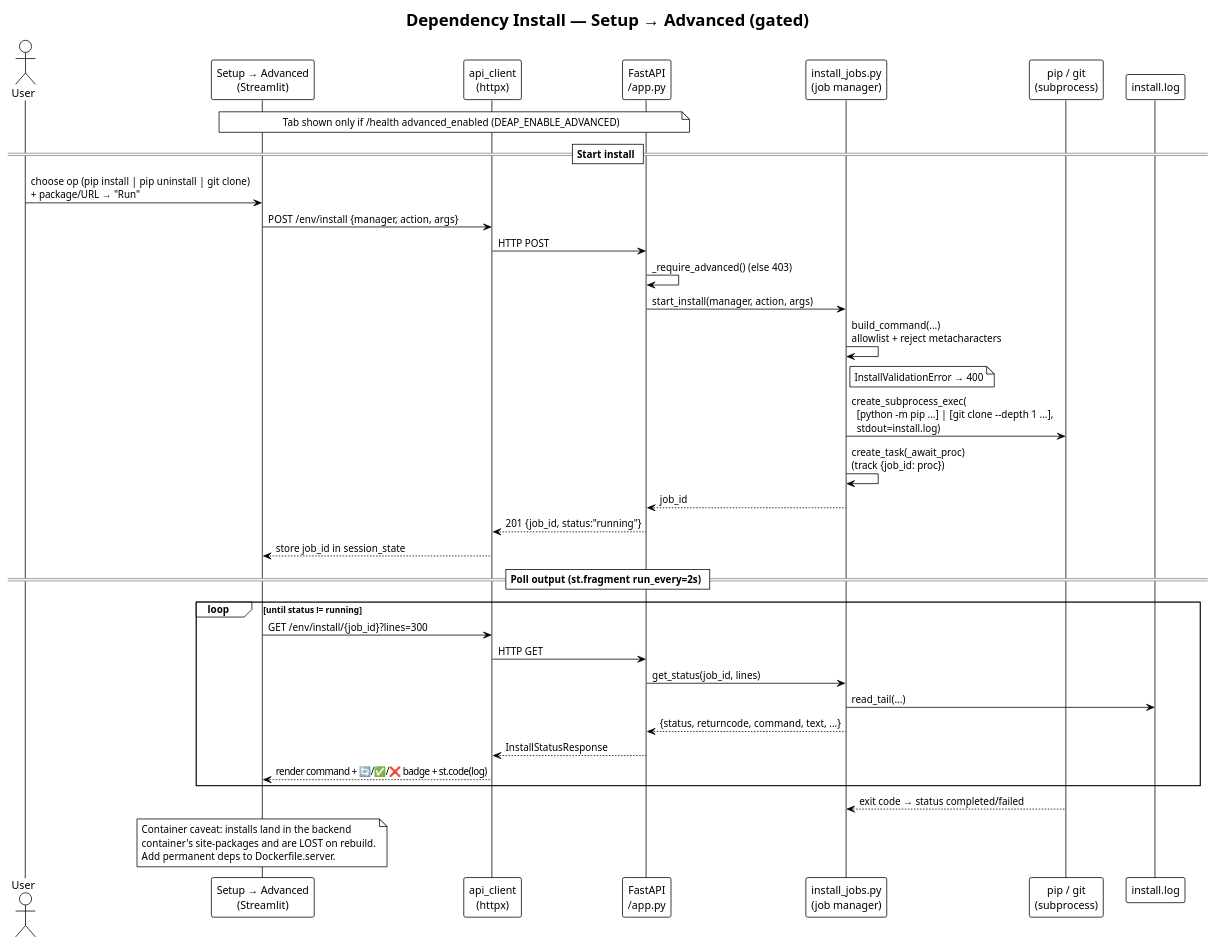
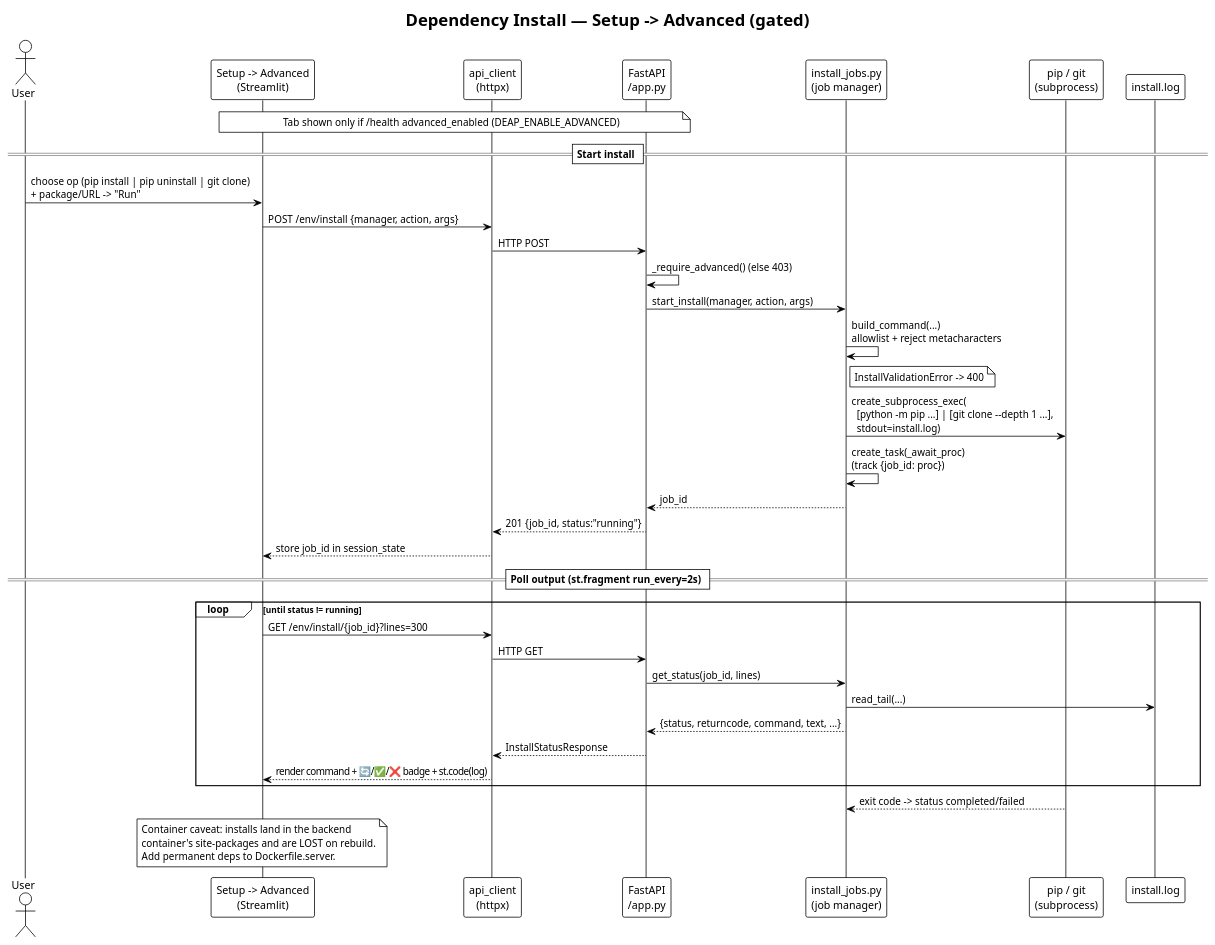
Before and after one commit to Alex180504/DEAP-Zoo-bridge: the diagram in docs/UML/sequence_env_install.puml, drawn with PlantUML. The commit also changed 76 other files, not shown here.

```diff
--- a/docs/UML/sequence_env_install.puml
+++ b/docs/UML/sequence_env_install.puml
@@ -1,48 +1,48 @@
 @startuml sequence_env_install
 !theme plain
-title Dependency Install — Setup → Advanced (gated)
+title Dependency Install — Setup -> Advanced (gated)
 
 actor User
-participant "Setup → Advanced\n(Streamlit)" as Adv
+participant "Setup -> Advanced\n(Streamlit)" as Adv
 participant "api_client\n(httpx)" as Client
 participant "FastAPI\n/app.py" as API
 participant "install_jobs.py\n(job manager)" as Jobs
 participant "pip / git\n(subprocess)" as Proc
 participant "install.log" as Log
 
 note over Adv, API: Tab shown only if /health advanced_enabled (DEAP_ENABLE_ADVANCED)
 
 == Start install ==
-User -> Adv: choose op (pip install | pip uninstall | git clone)\n+ package/URL → "Run"
+User -> Adv: choose op (pip install | pip uninstall | git clone)\n+ package/URL -> "Run"
 Adv -> Client: POST /env/install {manager, action, args}
 Client -> API: HTTP POST
 API -> API: _require_advanced() (else 403)
 API -> Jobs: start_install(manager, action, args)
 Jobs -> Jobs: build_command(...)\nallowlist + reject metacharacters
-note right of Jobs: InstallValidationError → 400
+note right of Jobs: InstallValidationError -> 400
 Jobs -> Proc: create_subprocess_exec(\n  [python -m pip ...] | [git clone --depth 1 ...],\n  stdout=install.log)
 Jobs -> Jobs: create_task(_await_proc)\n(track {job_id: proc})
 Jobs --> API: job_id
 API --> Client: 201 {job_id, status:"running"}
 Client --> Adv: store job_id in session_state
 
 == Poll output (st.fragment run_every=2s) ==
 loop until status != running
     Adv -> Client: GET /env/install/{job_id}?lines=300
     Client -> API: HTTP GET
     API -> Jobs: get_status(job_id, lines)
     Jobs -> Log: read_tail(...)
     Jobs --> API: {status, returncode, command, text, ...}
     API --> Client: InstallStatusResponse
     Client --> Adv: render command + 🔄/✅/❌ badge + st.code(log)
 end
 
-Proc --> Jobs: exit code → status completed/failed
+Proc --> Jobs: exit code -> status completed/failed
 
 note over Adv
   Container caveat: installs land in the backend
   container's site-packages and are LOST on rebuild.
   Add permanent deps to Dockerfile.server.
 end note
 
 @enduml
```
